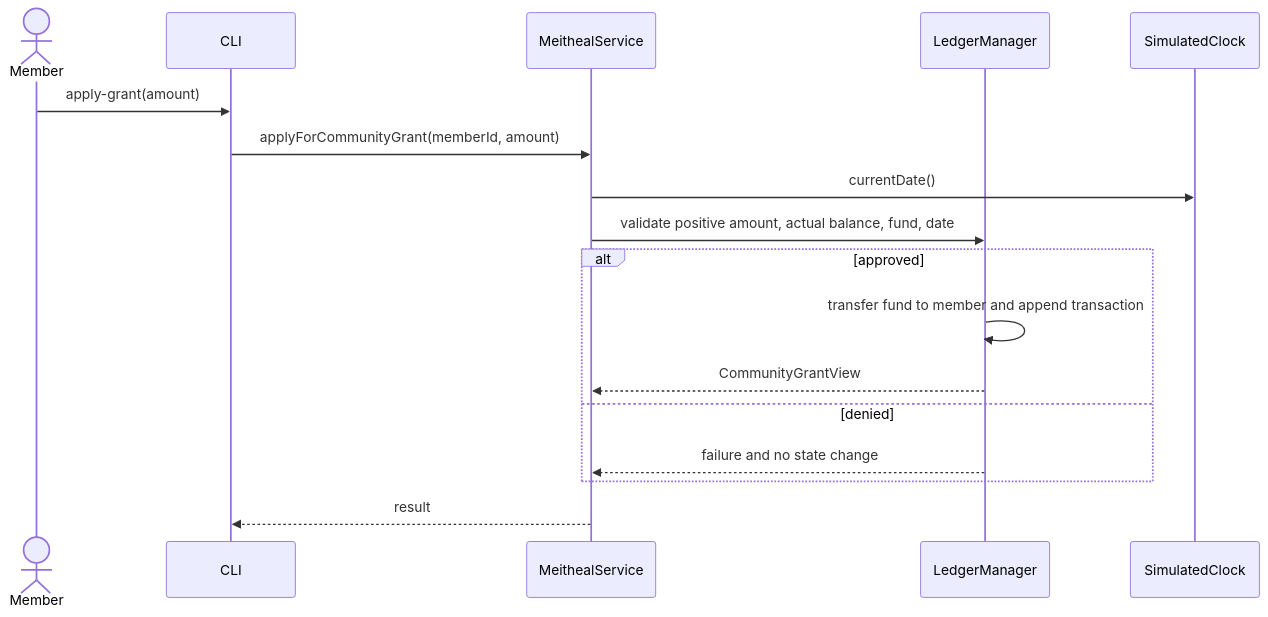
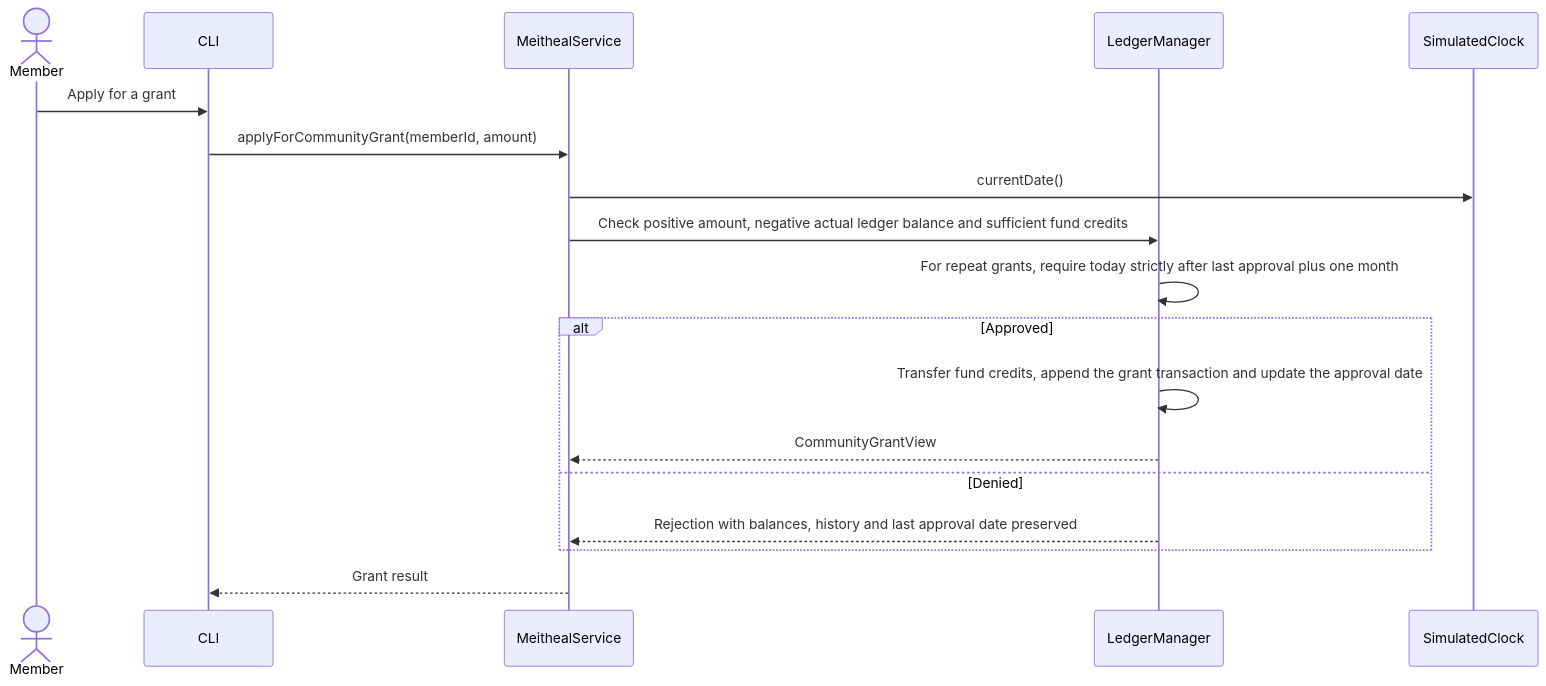
The seventh of 7 diagrams in docs/design/SequenceDiagrams.md (MoazMR/COMP41670-Excursions), drawn with Mermaid before and after one commit. The commit also changed other lines of this file and 6 other files, not shown here.

````diff
--- a/docs/design/SequenceDiagrams.md
+++ b/docs/design/SequenceDiagrams.md
@@ -145,20 +198,21 @@
 ```mermaid
 sequenceDiagram
     actor Member
     participant CLI
     participant Service as MeithealService
     participant Ledger as LedgerManager
     participant Clock as SimulatedClock
 
-    Member->>CLI: apply-grant(amount)
+    Member->>CLI: Apply for a grant
     CLI->>Service: applyForCommunityGrant(memberId, amount)
     Service->>Clock: currentDate()
-    Service->>Ledger: validate positive amount, actual balance, fund, date
-    alt approved
-        Ledger->>Ledger: transfer fund to member and append transaction
+    Service->>Ledger: Check positive amount, negative actual ledger balance and sufficient fund credits
+    Ledger->>Ledger: For repeat grants, require today strictly after last approval plus one month
+    alt Approved
+        Ledger->>Ledger: Transfer fund credits, append the grant transaction and update the approval date
         Ledger-->>Service: CommunityGrantView
-    else denied
-        Ledger-->>Service: failure and no state change
+    else Denied
+        Ledger-->>Service: Rejection with balances, history and last approval date preserved
     end
-    Service-->>CLI: result
+    Service-->>CLI: Grant result
 ```
````
